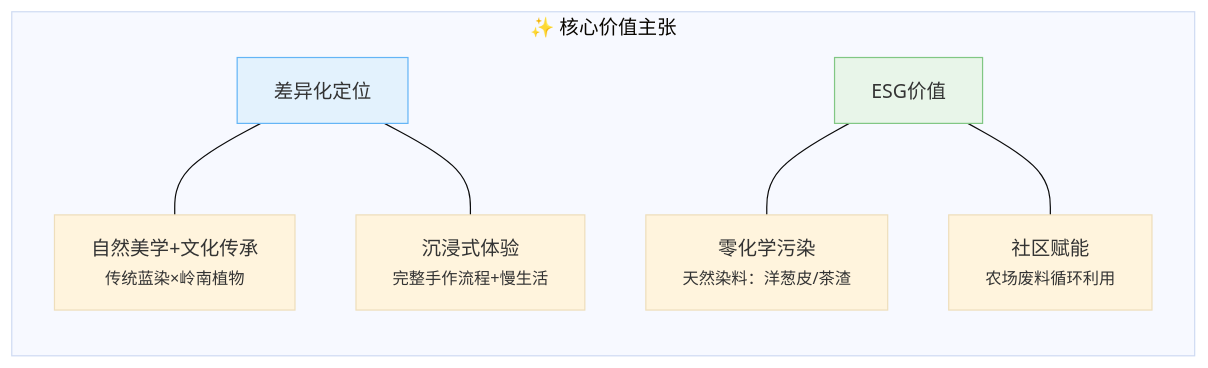
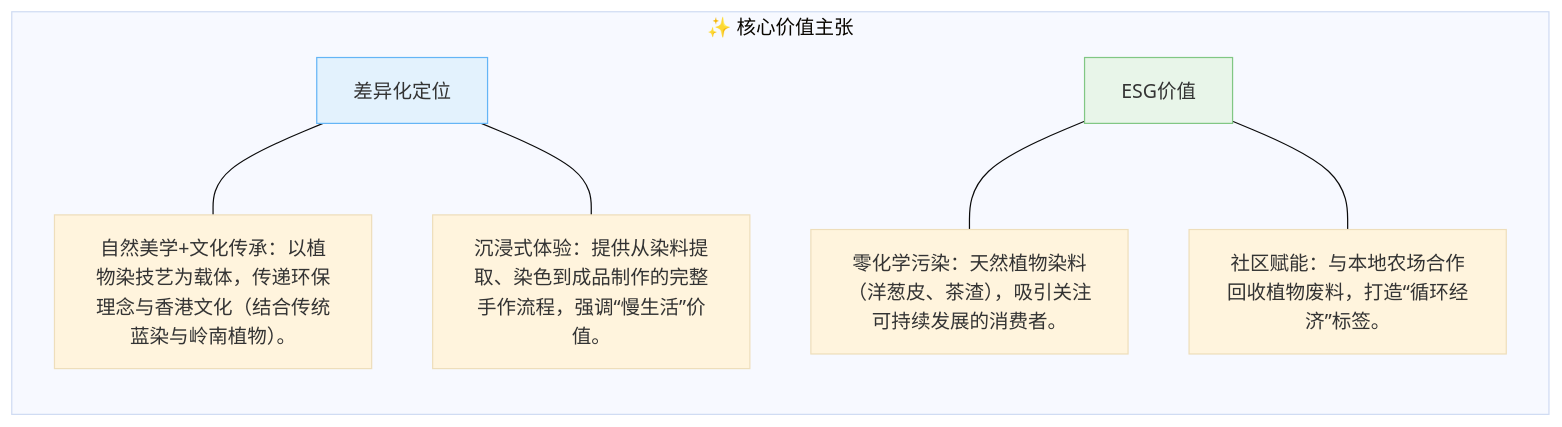
One commit to NaturalRice/git-demo changed the second of 2 diagrams in README.md. Above: the diagram before and after it, drawn with Mermaid (base theme).

````diff
--- a/README.md
+++ b/README.md
@@ -16,12 +16,12 @@
 ```mermaid
 flowchart LR
     subgraph 价值主张["✨ 核心价值主张"]
         direction TB
-        A[差异化定位] --- B["自然美学+文化传承\n<small>传统蓝染×岭南植物</small>"]
-        A --- C["沉浸式体验\n<small>完整手作流程+慢生活</small>"]
-        D[ESG价值] --- E["零化学污染\n<small>天然染料：洋葱皮/茶渣</small>"]
-        D --- F["社区赋能\n<small>农场废料循环利用</small>"]
+        A[差异化定位] --- B["自然美学+文化传承：以植物染技艺为载体，传递环保理念与香港文化（结合传统蓝染与岭南植物）。"]
+        A --- C["沉浸式体验：提供从染料提取、染色到成品制作的完整手作流程，强调“慢生活”价值。"]
+        D[ESG价值] --- E["零化学污染：天然植物染料（洋葱皮、茶渣），吸引关注可持续发展的消费者。"]
+        D --- F["社区赋能：与本地农场合作回收植物废料，打造“循环经济”标签。"]
     end
     style A fill:#e3f2fd,stroke:#64b5f6
     style D fill:#e8f5e9,stroke:#81c784
 ```
````
